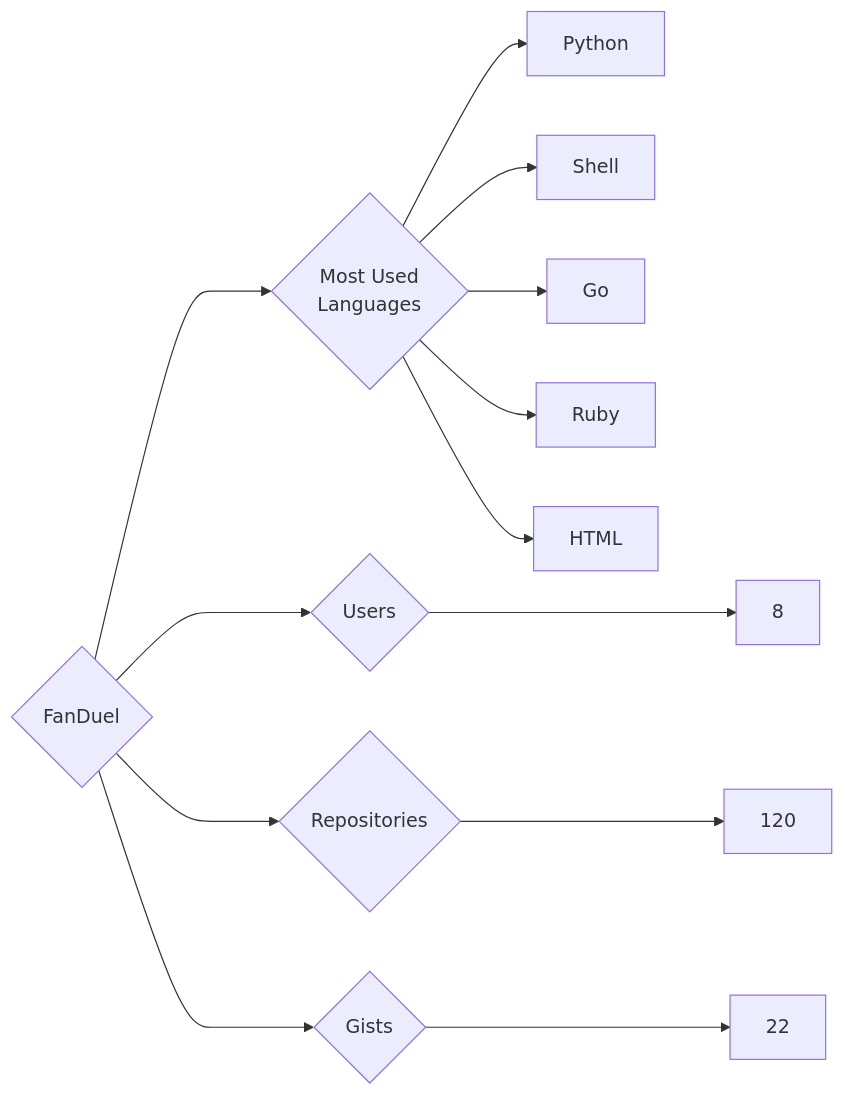
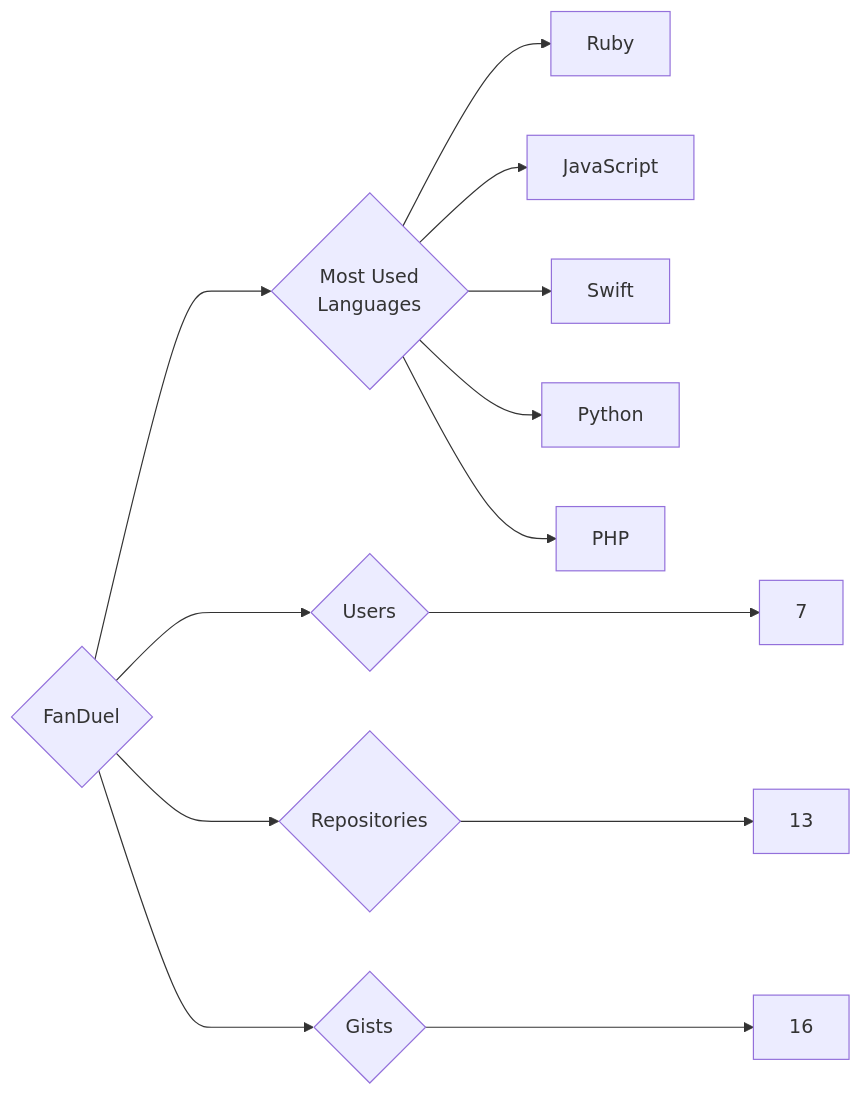
The diagram in targets/FanDuel/README.md (trickest/insiders), drawn with Mermaid before and after one commit. The commit also changed 1055 other files, not shown here.

````diff
--- a/targets/FanDuel/README.md
+++ b/targets/FanDuel/README.md
@@ -3,13 +3,13 @@
 ```mermaid
 graph LR
 COMPANY_NAME{FanDuel}
-COMPANY_NAME ---> U{Users} ---> UN[8]
-COMPANY_NAME ---> R{Repositories} ---> RN[120]
-COMPANY_NAME ---> G{Gists} ---> GN[22]
+COMPANY_NAME ---> U{Users} ---> UN[7]
+COMPANY_NAME ---> R{Repositories} ---> RN[13]
+COMPANY_NAME ---> G{Gists} ---> GN[16]
 COMPANY_NAME ---> ML{Most Used<br>Languages}
+ML --> Ruby[Ruby]
+ML --> JavaScript[JavaScript]
+ML --> Swift[Swift]
 ML --> Python[Python]
-ML --> Shell[Shell]
-ML --> Go[Go]
-ML --> Ruby[Ruby]
-ML --> HTML[HTML]
+ML --> PHP[PHP]
 ```
````
